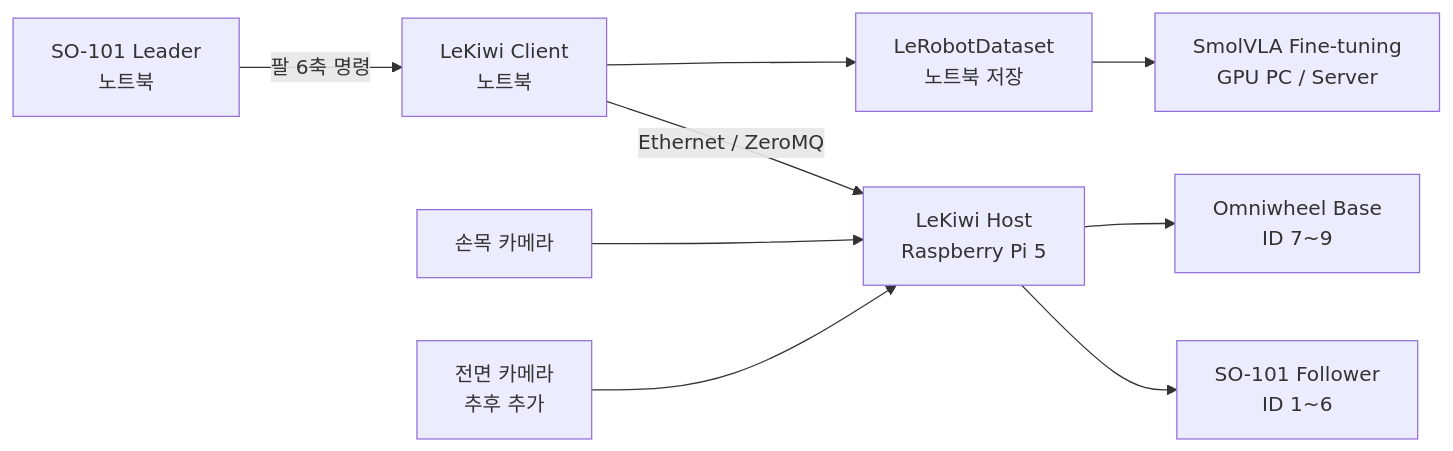
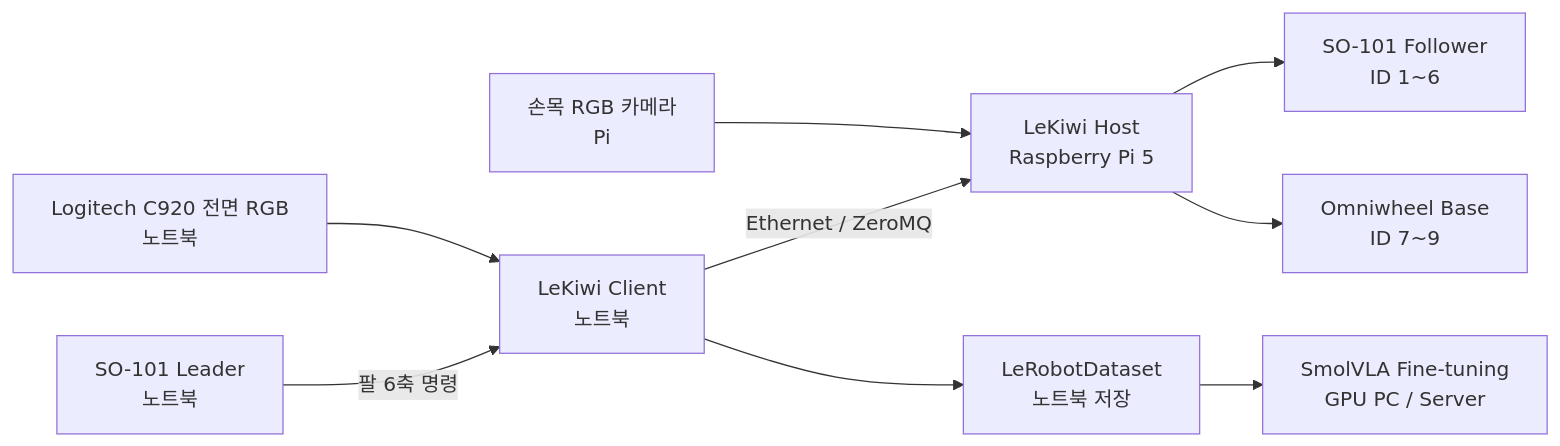
One commit to kangsuyeon42/so101-follower-guide changed the diagram in README.md. Above: the diagram before and after it, drawn with Mermaid. The commit also changed other lines of this file and 12 other files, not shown here.

````diff
--- a/README.md
+++ b/README.md
@@ -29,11 +29,11 @@
 ```mermaid
 flowchart LR
     L[SO-101 Leader<br/>노트북] -->|팔 6축 명령| C[LeKiwi Client<br/>노트북]
     C -->|Ethernet / ZeroMQ| H[LeKiwi Host<br/>Raspberry Pi 5]
     H --> A[SO-101 Follower<br/>ID 1~6]
     H --> B[Omniwheel Base<br/>ID 7~9]
-    W[손목 카메라] --> H
-    F[전면 카메라<br/>추후 추가] --> H
+    W[손목 RGB 카메라<br/>Pi] --> H
+    F[Logitech C920 전면 RGB<br/>노트북] --> C
     C --> D[LeRobotDataset<br/>노트북 저장]
     D --> G[SmolVLA Fine-tuning<br/>GPU PC / Server]
 ```
````
